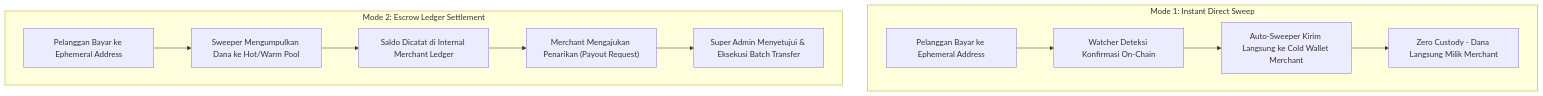
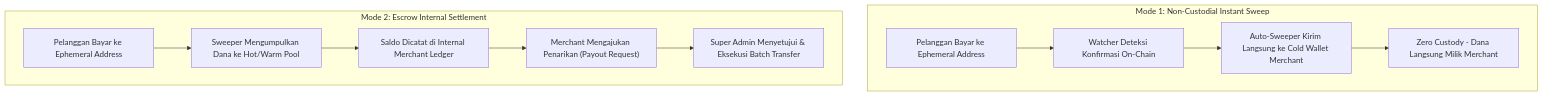
Before and after one commit to gonzhilaz/bpg: the second of 2 diagrams in DOC/13C_Payment_Gateway_Manual.md, drawn with Mermaid. The commit also changed other lines of this file and 19 other files, not shown here.

````diff
--- a/DOC/13C_Payment_Gateway_Manual.md
+++ b/DOC/13C_Payment_Gateway_Manual.md
@@ -524,15 +552,15 @@
 ```mermaid
 flowchart TD
-    subgraph MODE_A["Mode 1: Instant Direct Sweep"]
+    subgraph MODE_A["Mode 1: Non-Custodial Instant Sweep"]
         A1["Pelanggan Bayar ke Ephemeral Address"] --> A2["Watcher Deteksi Konfirmasi On-Chain"]
         A2 --> A3["Auto-Sweeper Kirim Langsung ke Cold Wallet Merchant"]
         A3 --> A4["Zero Custody - Dana Langsung Milik Merchant"]
     end
 
-    subgraph MODE_B["Mode 2: Escrow Ledger Settlement"]
+    subgraph MODE_B["Mode 2: Escrow Internal Settlement"]
         B1["Pelanggan Bayar ke Ephemeral Address"] --> B2["Sweeper Mengumpulkan Dana ke Hot/Warm Pool"]
         B2 --> B3["Saldo Dicatat di Internal Merchant Ledger"]
         B3 --> B4["Merchant Mengajukan Penarikan (Payout Request)"]
         B4 --> B5["Super Admin Menyetujui & Eksekusi Batch Transfer"]
     end
 ```
````
